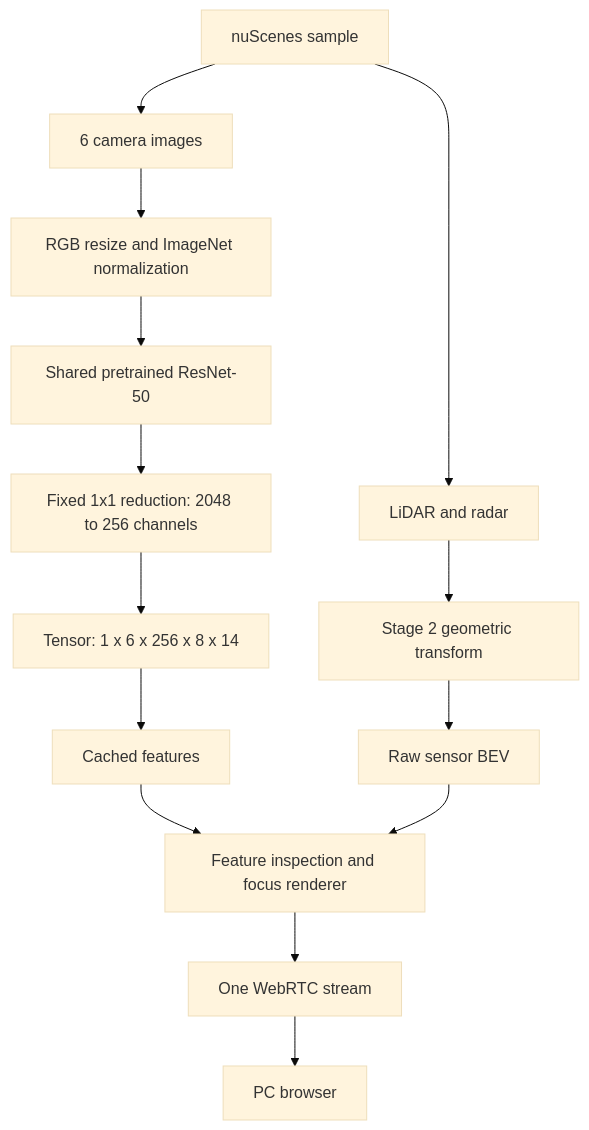
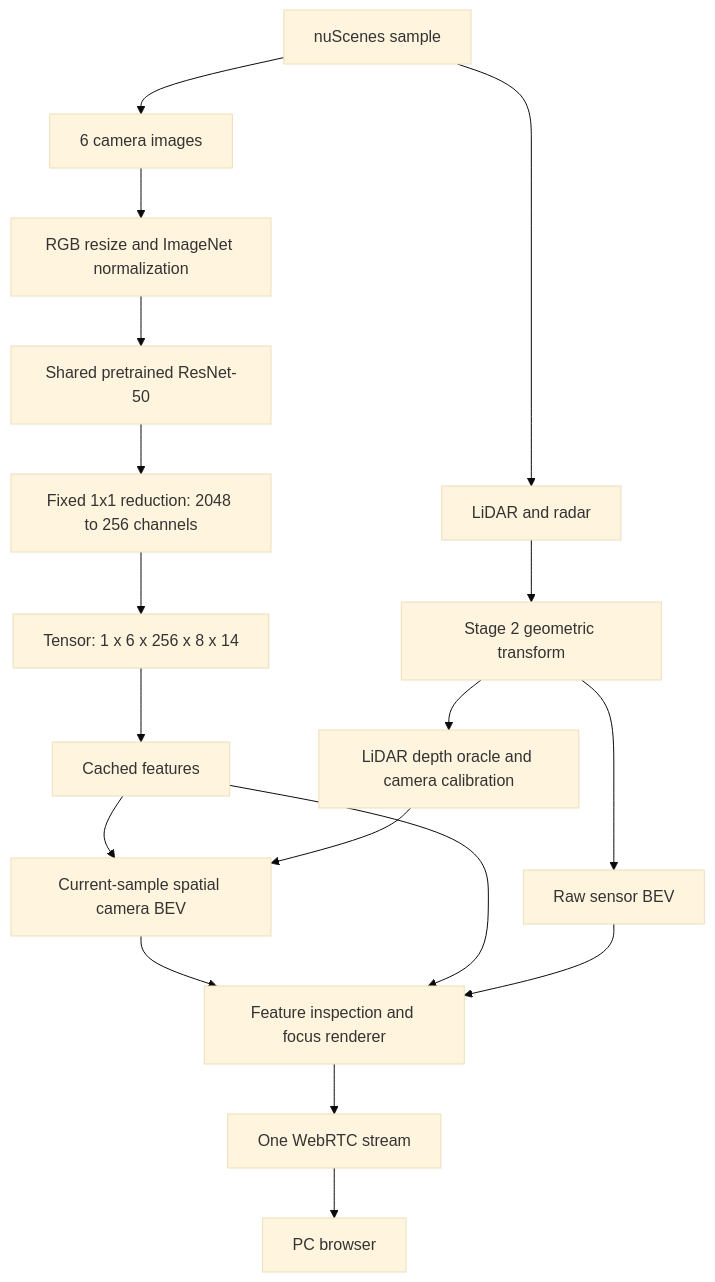
Before and after one commit to abhishekkumardwivedi/nusenses_autonomy_pipeline: the diagram in README.md, drawn with Mermaid (base theme). The commit also changed other lines of this file and 9 other files, not shown here.

Commit message:
Implement Stage 4 camera spatial BEV

````diff
--- a/README.md
+++ b/README.md
@@ -44,16 +66,20 @@
 ```mermaid
 flowchart TD
   S[nuScenes sample] --> C[6 camera images]
   C --> P[RGB resize and ImageNet normalization]
   P --> R[Shared pretrained ResNet-50]
   R --> A[Fixed 1x1 reduction: 2048 to 256 channels]
   A --> T[Tensor: 1 x 6 x 256 x 8 x 14]
   T --> K[Cached features]
+  K --> SB[Current-sample spatial camera BEV]
+  G --> D[LiDAR depth oracle and camera calibration]
+  D --> SB
+  SB --> V
   K --> V[Feature inspection and focus renderer]
   S --> L[LiDAR and radar]
   L --> G[Stage 2 geometric transform]
   G --> B[Raw sensor BEV]
   B --> V
   V --> W[One WebRTC stream]
   W --> PC[PC browser]
 ```
````
